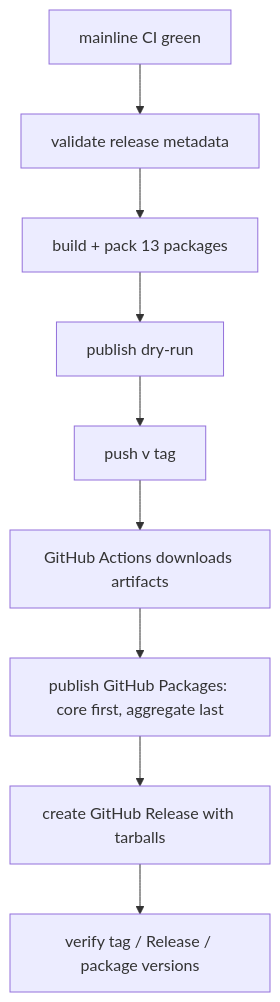
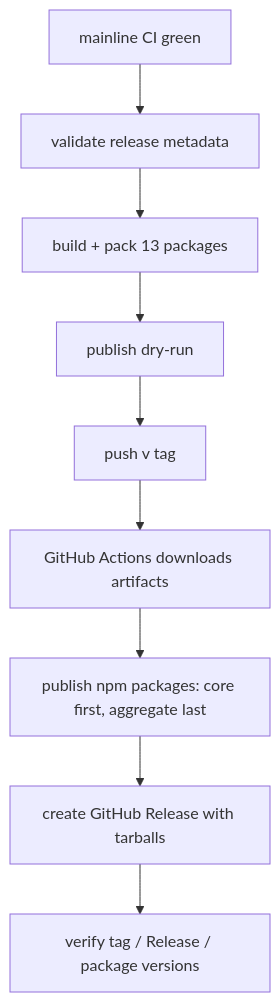
Before and after one commit to yin52133/dsh-luban: the diagram in design/03-modules/M12-market-release.md, drawn with Mermaid. The commit also changed other lines of this file and 38 other files, not shown here.

Commit message:
feat(release): publish npm-first v0.1.2

````diff
--- a/design/03-modules/M12-market-release.md
+++ b/design/03-modules/M12-market-release.md
@@ -36,11 +37,11 @@
 ```mermaid
 flowchart TD
     A["mainline CI green"] --> B["validate release metadata"]
     B --> C["build + pack 13 packages"]
     C --> D["publish dry-run"]
     D --> E["push v<semver> tag"]
     E --> F["GitHub Actions downloads artifacts"]
-    F --> G["publish GitHub Packages: core first, aggregate last"]
+    F --> G["publish npm packages: core first, aggregate last"]
     G --> H["create GitHub Release with tarballs"]
     H --> I["verify tag / Release / package versions"]
 ```
````
